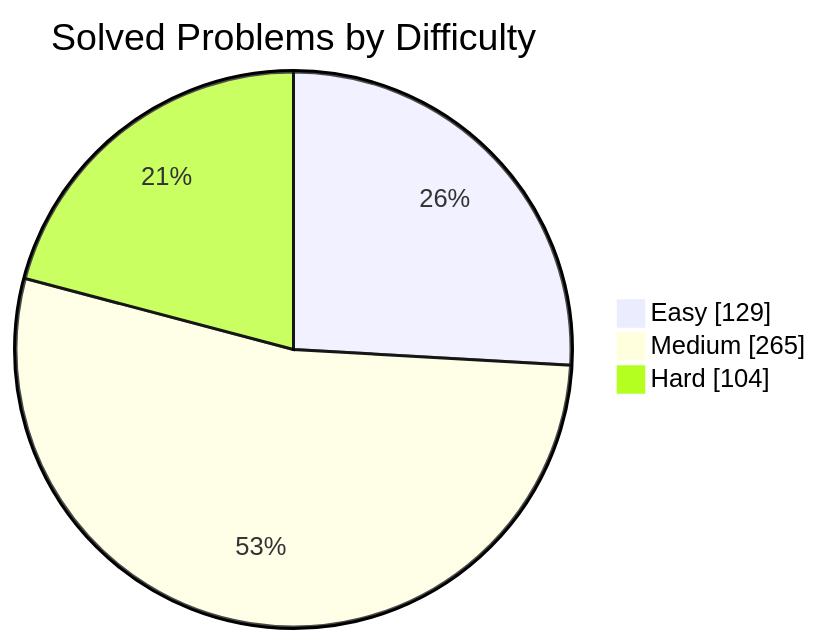
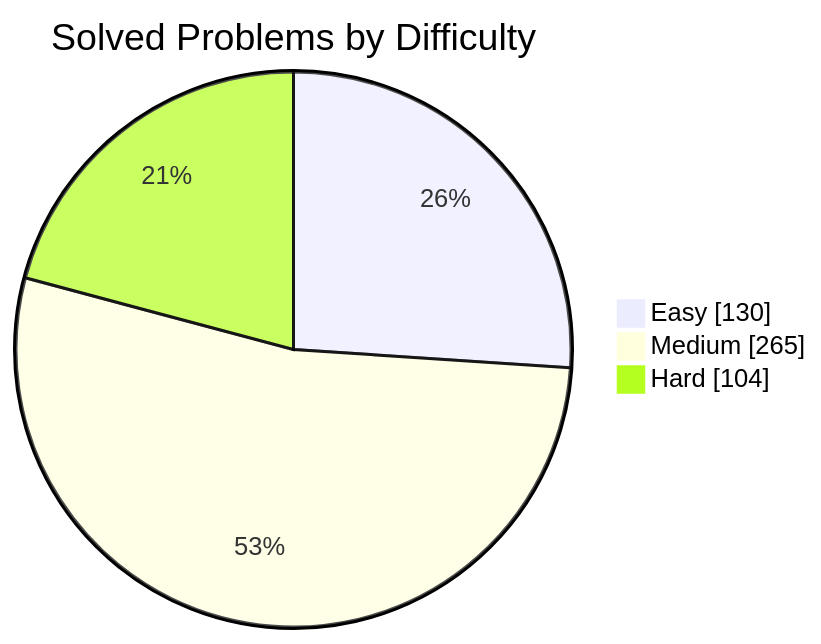
Before and after one commit to manikantbindass/DSA-Preparation-FAANG: the first of 2 diagrams in README.md, drawn with Mermaid. The commit also changed other lines of this file and 1 other file, not shown here.

````diff
--- a/README.md
+++ b/README.md
@@ -77,7 +77,7 @@
 ```mermaid
 pie showData
     title Solved Problems by Difficulty
-    "Easy" : 129
+    "Easy" : 130
     "Medium" : 265
     "Hard" : 104
 ```
````
